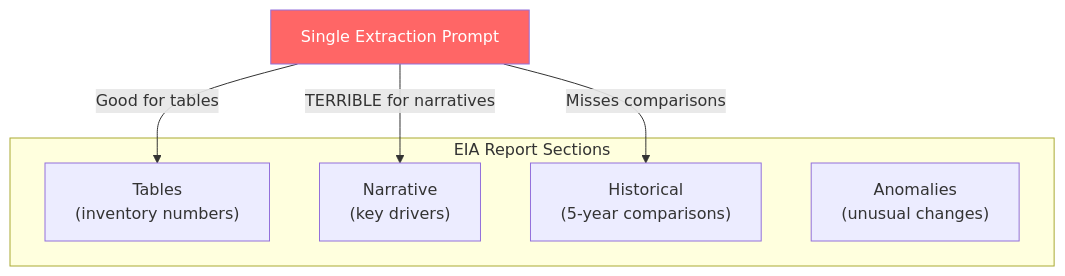
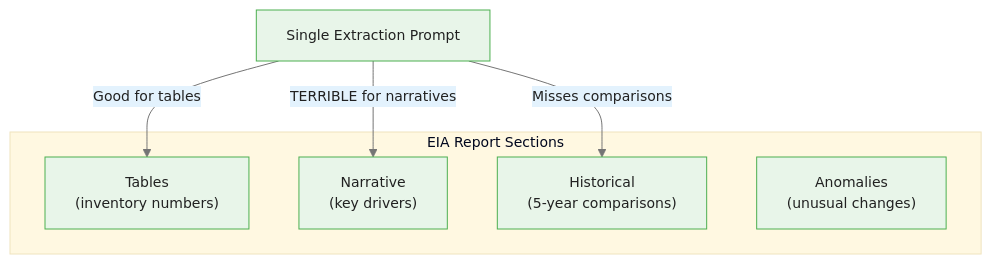
Before and after one commit to m-deane/course-creator: the third of 6 diagrams in courses/multi-armed-bandits-ab-testing/modules/module_08_prompt_routing_bandits/guides/04_commodity_research_assistant_slides.md, drawn with Mermaid. The commit also changed other lines of this file and 146 other files, not shown here.

````diff
--- a/courses/multi-armed-bandits-ab-testing/modules/module_08_prompt_routing_bandits/guides/04_commodity_research_assistant_slides.md
+++ b/courses/multi-armed-bandits-ab-testing/modules/module_08_prompt_routing_bandits/guides/04_commodity_research_assistant_slides.md
@@ -141,15 +164,14 @@
 ```mermaid
+%%{init: {"theme": "base", "themeVariables": {"primaryColor": "#e8f5e9", "primaryBorderColor": "#4caf50", "primaryTextColor": "#212121", "secondaryColor": "#e3f2fd", "tertiaryColor": "#fff8e1", "lineColor": "#757575", "fontFamily": "Inter, sans-serif", "fontSize": "14px"}}}%%
 flowchart TD
     subgraph Sections["EIA Report Sections"]
         Tables["Tables<br/>(inventory numbers)"]
         Narrative["Narrative<br/>(key drivers)"]
         Historical["Historical<br/>(5-year comparisons)"]
         Anomalies["Anomalies<br/>(unusual changes)"]
     end
 
     OnePrompt["Single Extraction Prompt"] --> |"Good for tables"| Tables
     OnePrompt --> |"TERRIBLE for narratives"| Narrative
     OnePrompt --> |"Misses comparisons"| Historical
-
-    style OnePrompt fill:#f66,color:#fff
 ```
````
